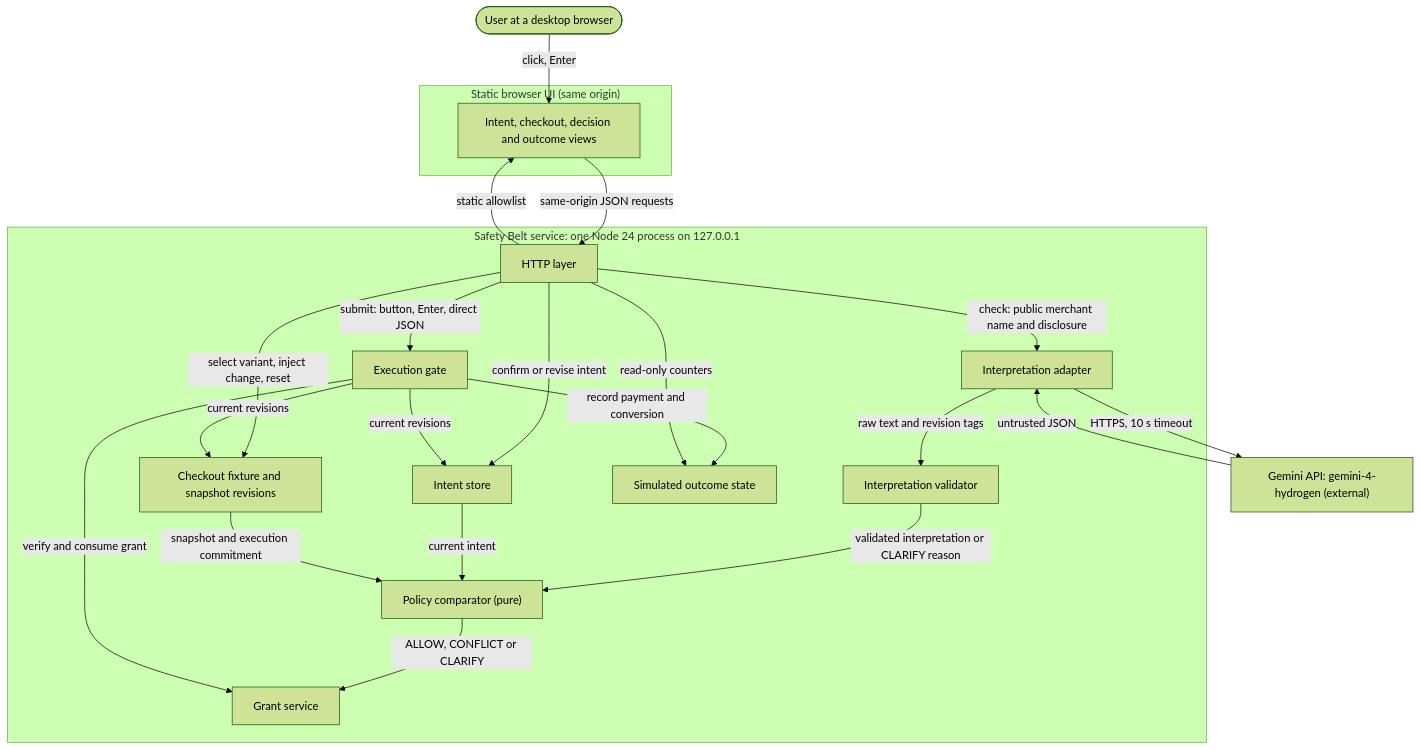
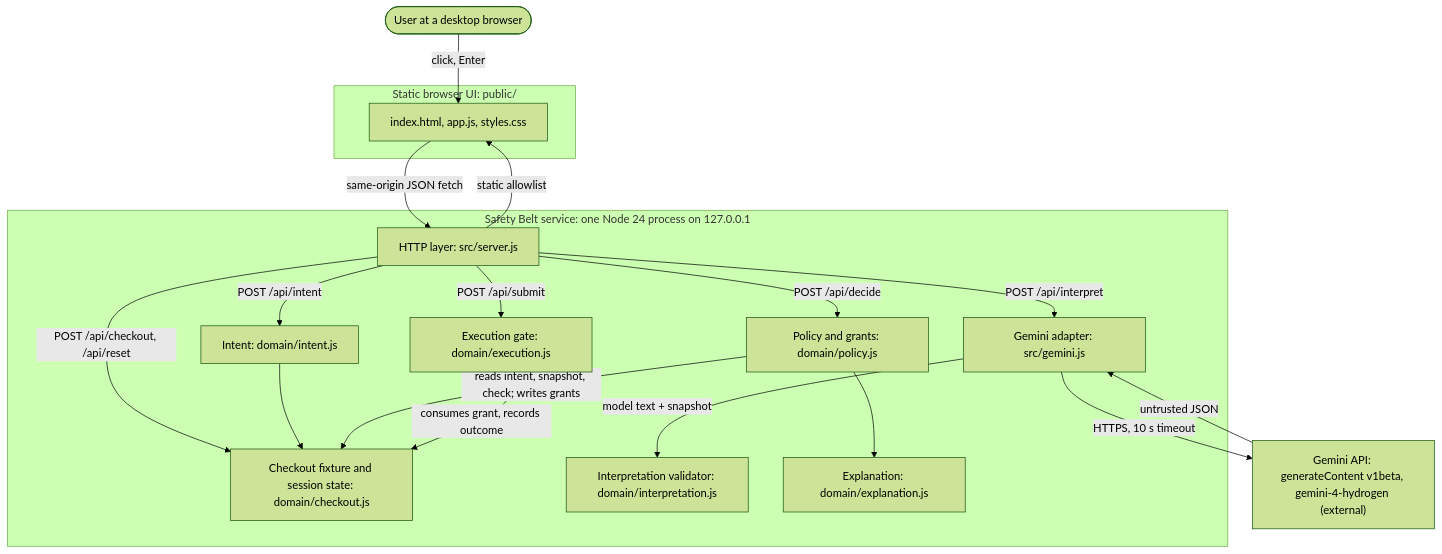
The first of 3 diagrams in architecture/05-building-block-view.md (shinhf/safety-belt), drawn with Mermaid (forest theme) before and after one commit. The commit also changed other lines of this file and 3 other files, not shown here.

````diff
--- a/architecture/05-building-block-view.md
+++ b/architecture/05-building-block-view.md
@@ -10,41 +10,36 @@
 ```mermaid
 flowchart TB
     User(["User at a desktop browser"])
-    Gemini["Gemini API: gemini-4-hydrogen (external)"]
+    Gemini["Gemini API: generateContent v1beta, gemini-4-hydrogen (external)"]
 
-    subgraph browser ["Static browser UI (same origin)"]
-        UI["Intent, checkout, decision and outcome views"]
+    subgraph browser ["Static browser UI: public/"]
+        UI["index.html, app.js, styles.css"]
     end
 
     subgraph service ["Safety Belt service: one Node 24 process on 127.0.0.1"]
-        HTTP["HTTP layer"]
-        Intent["Intent store"]
-        Fixture["Checkout fixture and snapshot revisions"]
-        Adapter["Interpretation adapter"]
-        Validator["Interpretation validator"]
-        Policy["Policy comparator (pure)"]
-        Grants["Grant service"]
-        Gate["Execution gate"]
-        Outcome["Simulated outcome state"]
+        HTTP["HTTP layer: src/server.js"]
+        Session["Checkout fixture and session state: domain/checkout.js"]
+        Intent["Intent: domain/intent.js"]
+        Adapter["Gemini adapter: src/gemini.js"]
+        Validator["Interpretation validator: domain/interpretation.js"]
+        Policy["Policy and grants: domain/policy.js"]
+        Gate["Execution gate: domain/execution.js"]
+        Explain["Explanation: domain/explanation.js"]
     end
 
     User -->|"click, Enter"| UI
-    UI -->|"same-origin JSON requests"| HTTP
+    UI -->|"same-origin JSON fetch"| HTTP
     HTTP -->|"static allowlist"| UI
-    HTTP -->|"confirm or revise intent"| Intent
-    HTTP -->|"select variant, inject change, reset"| Fixture
-    HTTP -->|"check: public merchant name and disclosure"| Adapter
+    HTTP -->|"POST /api/checkout, /api/reset"| Session
+    HTTP -->|"POST /api/intent"| Intent
+    HTTP -->|"POST /api/interpret"| Adapter
     Adapter -->|"HTTPS, 10 s timeout"| Gemini
     Gemini -->|"untrusted JSON"| Adapter
-    Adapter -->|"raw text and revision tags"| Validator
-    Validator -->|"validated interpretation or CLARIFY reason"| Policy
-    Intent -->|"current intent"| Policy
-    Fixture -->|"snapshot and execution commitment"| Policy
-    Policy -->|"ALLOW, CONFLICT or CLARIFY"| Grants
-    HTTP -->|"submit: button, Enter, direct JSON"| Gate
-    Gate -->|"verify and consume grant"| Grants
-    Gate -->|"current revisions"| Intent
-    Gate -->|"current revisions"| Fixture
-    Gate -->|"record payment and conversion"| Outcome
-    HTTP -->|"read-only counters"| Outcome
+    Adapter -->|"model text + snapshot"| Validator
+    HTTP -->|"POST /api/decide"| Policy
+    Policy --> Explain
+    HTTP -->|"POST /api/submit"| Gate
+    Intent --> Session
+    Policy -->|"reads intent, snapshot, check; writes grants"| Session
+    Gate -->|"consumes grant, records outcome"| Session
 ```
````
